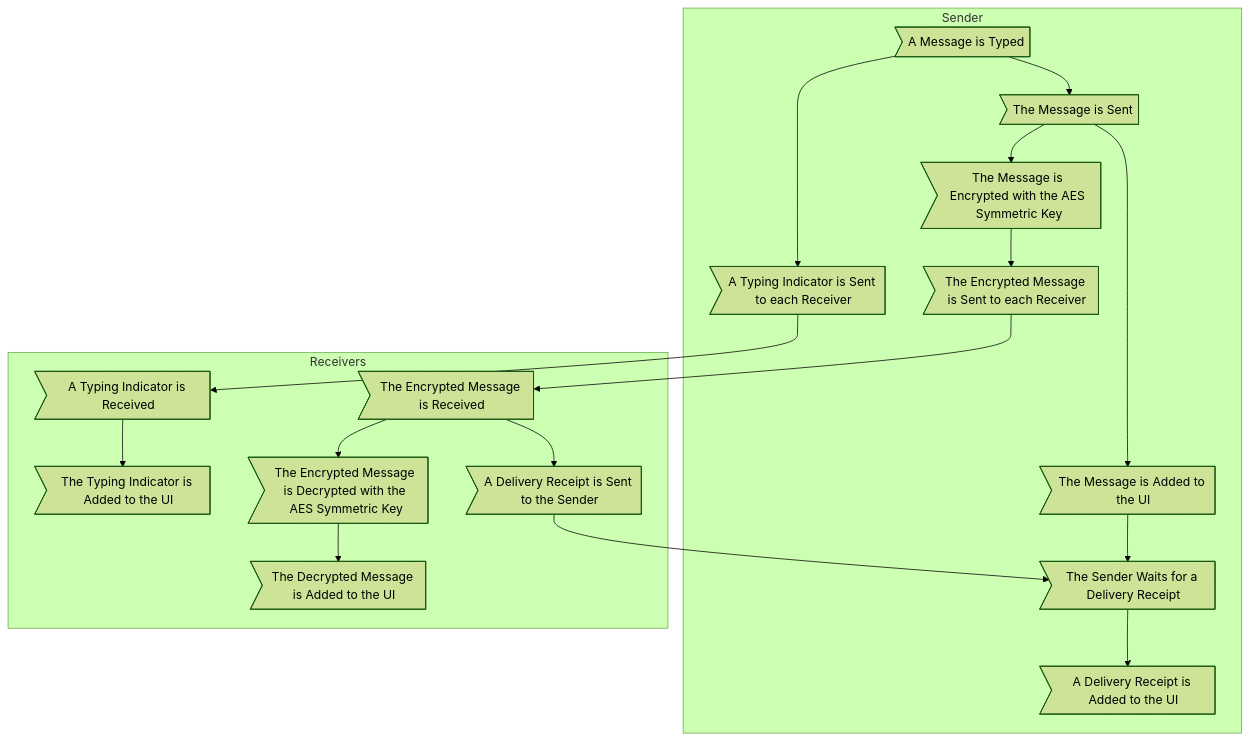
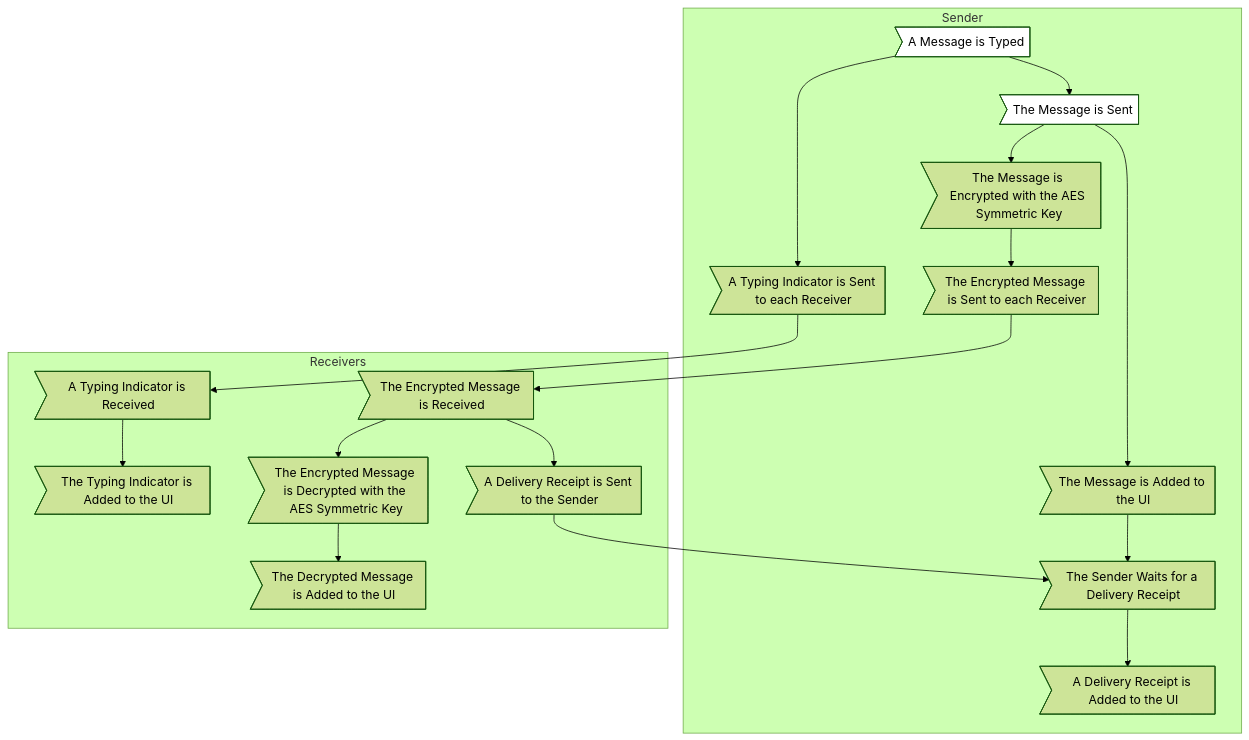
One commit to xXCrash2BomberXx/TinyChat changed the second of 2 diagrams in README.md. Above: the diagram before and after it, drawn with Mermaid (forest theme). The commit also changed other lines of this file, not shown here.

````diff
--- a/README.md
+++ b/README.md
@@ -198,25 +155,28 @@
 ```mermaid
 graph TB;
     subgraph "Receivers"
     C;
     end
   subgraph "Sender"
     A>A Message is Typed];
     A --> B>A Typing Indicator is Sent to each Receiver];
     B --> C;
     A --> E>The Message is Sent];
     E --> F>The Message is Encrypted with the AES Symmetric Key];
     F --> G>The Encrypted Message is Sent to each Receiver];
     E --> L>The Message is Added to the UI];
     L --> M>The Sender Waits for a Delivery Receipt];
     M --> N>A Delivery Receipt is Added to the UI];
   end
   subgraph "Receivers"
     C>A Typing Indicator is Received] --> D>The Typing Indicator is Added to the UI];
     G --> H>The Encrypted Message is Received];
     H --> I>The Encrypted Message is Decrypted with the AES Symmetric Key];
     I --> J>The Decrypted Message is Added to the UI];
     H --> K>A Delivery Receipt is Sent to the Sender];
     K --> M;
   end
+
+  classDef user fill:#fff,color:#000
+  class A,E user;
 ```
````
